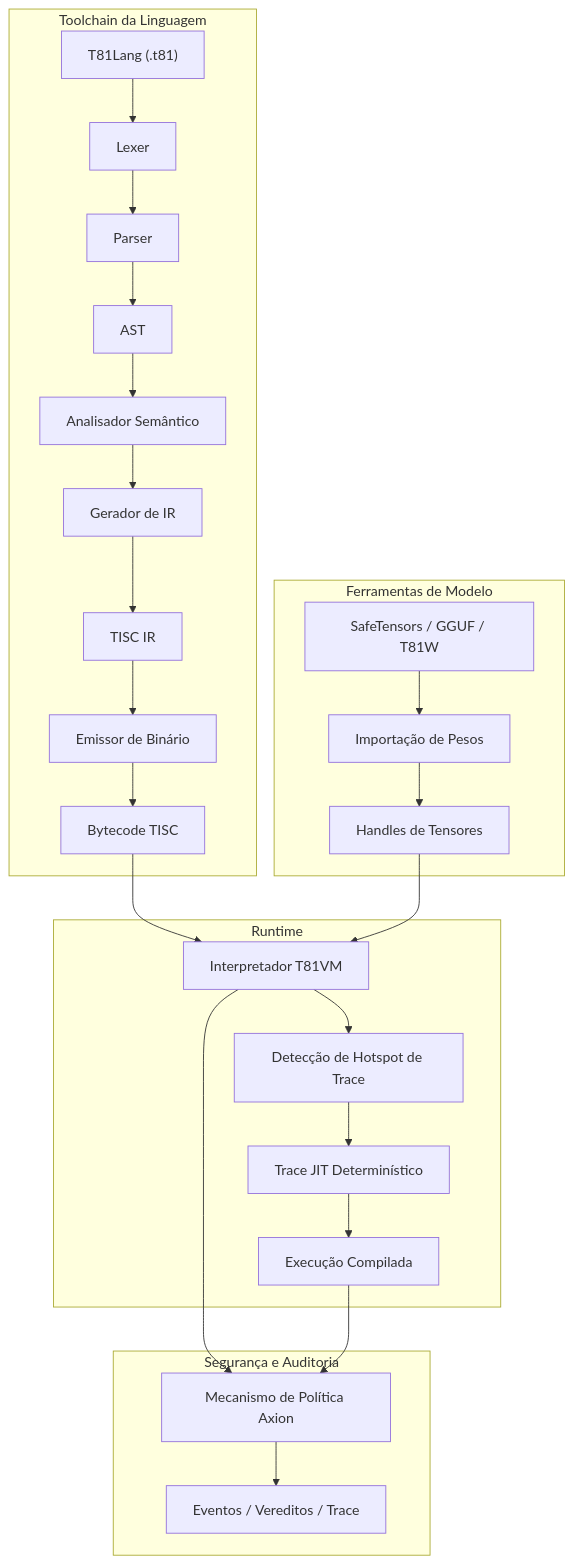
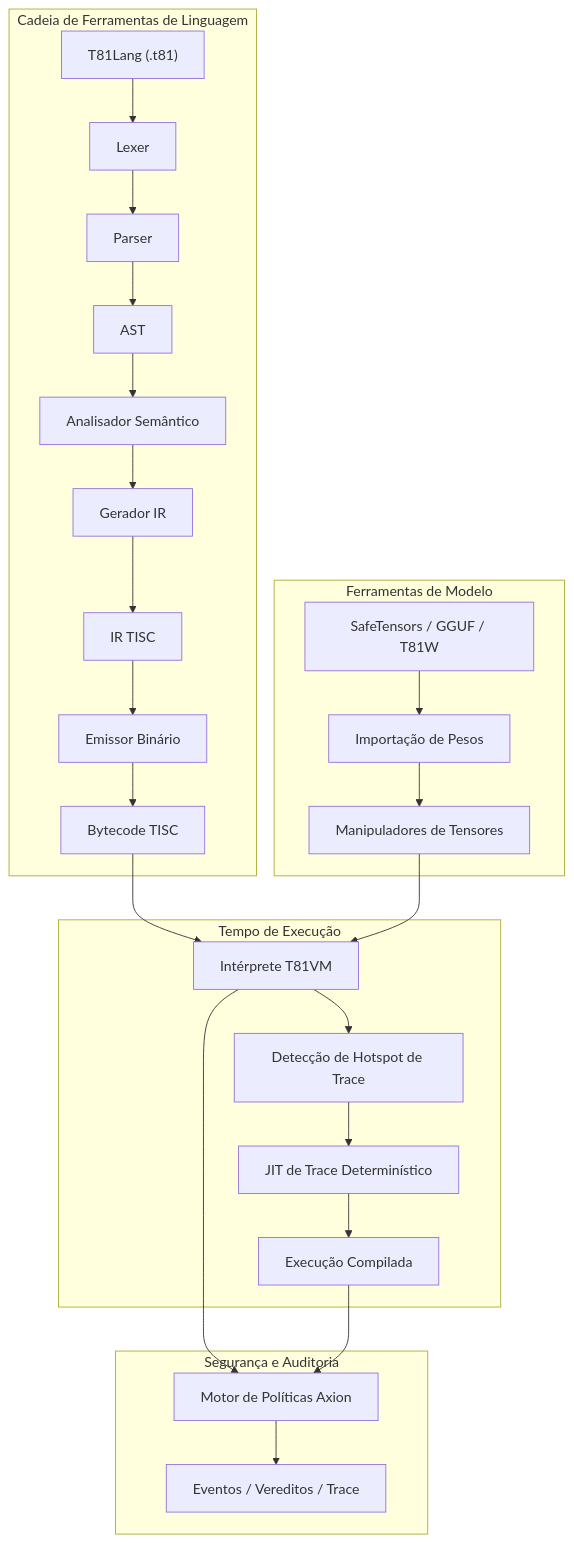
One commit to ryansctt1994-sudo/t81-foundation changed the diagram in README.pt-BR.md. Above: the diagram before and after it, drawn with Mermaid. The commit also changed other lines of this file and 3 other files, not shown here.

````diff
--- a/README.pt-BR.md
+++ b/README.pt-BR.md
@@ -63,30 +63,29 @@
 ```mermaid
 graph TD
-    subgraph "Toolchain da Linguagem"
+    subgraph "Cadeia de Ferramentas de Linguagem"
         A["T81Lang (.t81)"] --> B[Lexer]
         B --> C[Parser]
         C --> D[AST]
         D --> E["Analisador Semântico"]
-        E --> F["Gerador de IR"]
-        F --> G["TISC IR"]
-        G --> H["Emissor de Binário"]
+        E --> F["Gerador IR"]
+        F --> G["IR TISC"]
+        G --> H["Emissor Binário"]
         H --> I["Bytecode TISC"]
     end
-    subgraph "Runtime"
-        I --> J["Interpretador T81VM"]
+    subgraph "Tempo de Execução"
+        I --> J["Intérprete T81VM"]
         J --> K["Detecção de Hotspot de Trace"]
-        K --> L["Trace JIT Determinístico"]
+        K --> L["JIT de Trace Determinístico"]
         L --> M["Execução Compilada"]
     end
     subgraph "Segurança e Auditoria"
-        J --> N["Mecanismo de Política Axion"]
+        J --> N["Motor de Políticas Axion"]
         M --> N
         N --> O["Eventos / Vereditos / Trace"]
     end
     subgraph "Ferramentas de Modelo"
         P["SafeTensors / GGUF / T81W"] --> Q["Importação de Pesos"]
-        Q --> R["Handles de Tensores"]
+        Q --> R["Manipuladores de Tensores"]
         R --> J
     end
-
 ```
````
